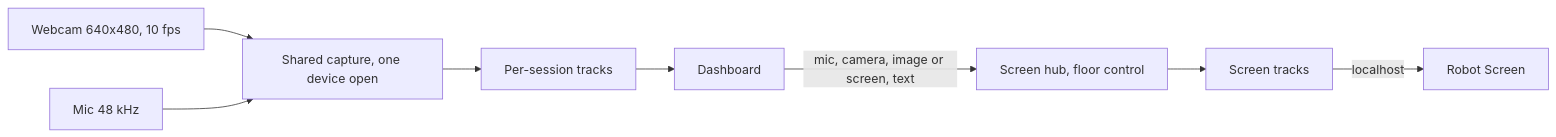
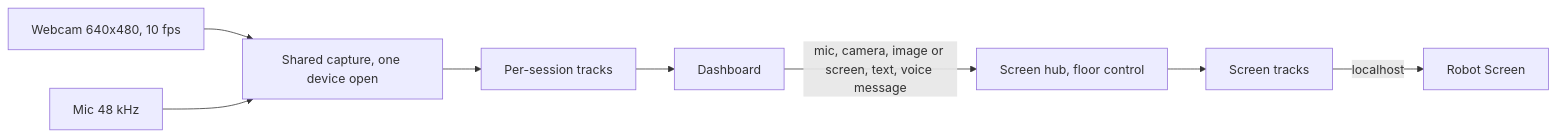
One commit to baiust999/robort-code-from-pi changed diagram 17 of 20 in research paper/RESEARCH PAPER.md. Above: the diagram before and after it, drawn with Mermaid. The commit also changed other lines of this file and 47 other files, not shown here.

First line of the commit message:
Add browser voice message testing framework with WebSocket integration

````diff
--- a/research paper/RESEARCH PAPER.md
+++ b/research paper/RESEARCH PAPER.md
@@ -783,10 +783,10 @@
 ```mermaid
 flowchart LR
   CAM["Webcam 640x480, 10 fps"] --> SH["Shared capture, one device open"]
   MIC["Mic 48 kHz"] --> SH
   SH --> SES["Per-session tracks"]
   SES --> D["Dashboard"]
-  D -- "mic, camera, image or screen, text" --> HUB["Screen hub, floor control"]
+  D -- "mic, camera, image or screen, text, voice message" --> HUB["Screen hub, floor control"]
   HUB --> ST["Screen tracks"]
   ST -- "localhost" --> K["Robot Screen"]
 ```
````
